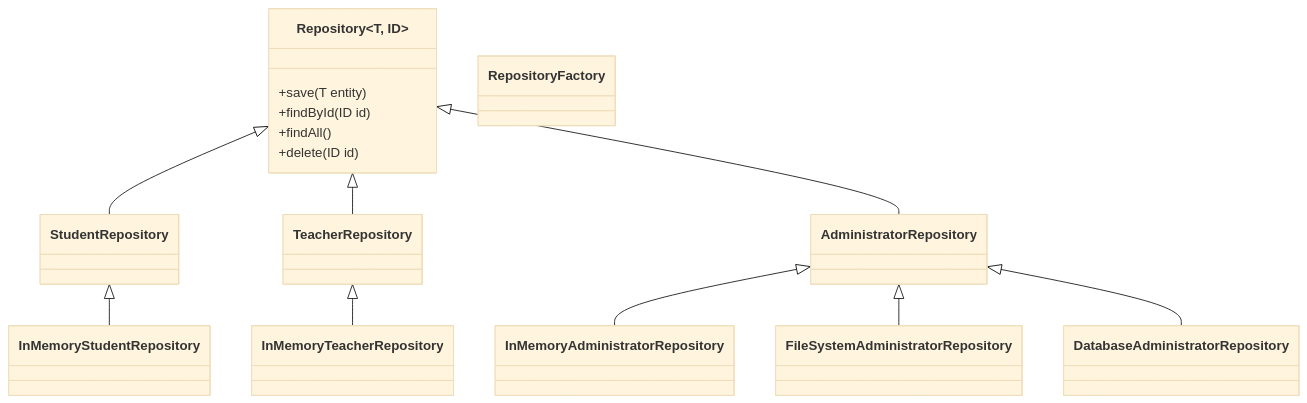
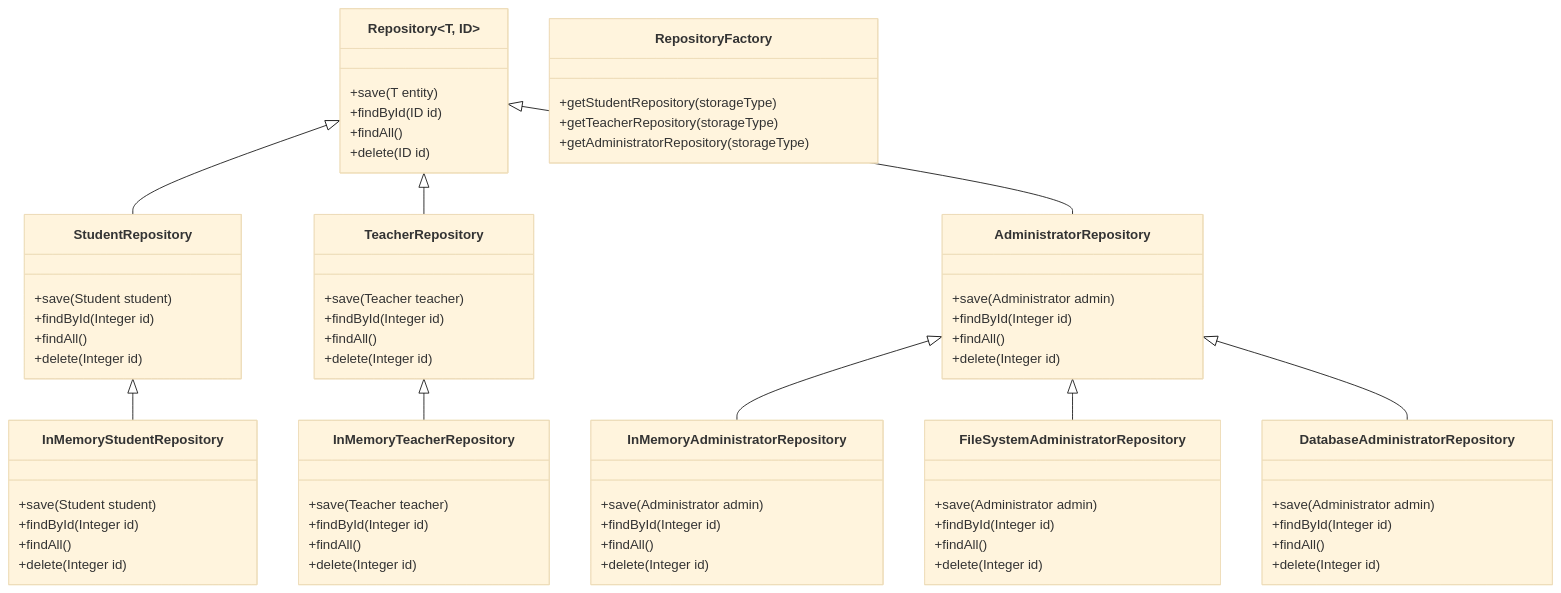
Before and after one commit to Dimitri-Ferus-216058570/ElectronicAttendanceSystem: the second of 2 diagrams in DOMAIN_MODEL_DOCS/DOMAIN_MODEL_DOCUMENTATION.MD, drawn with Mermaid (base theme).

````diff
--- a/DOMAIN_MODEL_DOCS/DOMAIN_MODEL_DOCUMENTATION.MD
+++ b/DOMAIN_MODEL_DOCS/DOMAIN_MODEL_DOCUMENTATION.MD
@@ -116,29 +116,82 @@
 ```mermaid
 classDiagram
-    class Repository~T, ID~ {
-        +save(T entity)
-        +findById(ID id)
-        +findAll()
-        +delete(ID id)
-    }
 
-    class StudentRepository
-    class TeacherRepository
-    class AdministratorRepository
-    class InMemoryStudentRepository
-    class InMemoryTeacherRepository
-    class InMemoryAdministratorRepository
-    class FileSystemAdministratorRepository
-    class DatabaseAdministratorRepository
-    class RepositoryFactory
+class Repository~T, ID~ {
+    +save(T entity)
+    +findById(ID id)
+    +findAll()
+    +delete(ID id)
+}
 
-    Repository <|-- StudentRepository
-    Repository <|-- TeacherRepository
-    Repository <|-- AdministratorRepository
+class StudentRepository {
+    +save(Student student)
+    +findById(Integer id)
+    +findAll()
+    +delete(Integer id)
+}
 
-    StudentRepository <|-- InMemoryStudentRepository
-    TeacherRepository <|-- InMemoryTeacherRepository
-    AdministratorRepository <|-- InMemoryAdministratorRepository
-    AdministratorRepository <|-- FileSystemAdministratorRepository
-    AdministratorRepository <|-- DatabaseAdministratorRepository
+class TeacherRepository {
+    +save(Teacher teacher)
+    +findById(Integer id)
+    +findAll()
+    +delete(Integer id)
+}
+
+class AdministratorRepository {
+    +save(Administrator admin)
+    +findById(Integer id)
+    +findAll()
+    +delete(Integer id)
+}
+
+class InMemoryStudentRepository {
+    +save(Student student)
+    +findById(Integer id)
+    +findAll()
+    +delete(Integer id)
+}
+
+class InMemoryTeacherRepository {
+    +save(Teacher teacher)
+    +findById(Integer id)
+    +findAll()
+    +delete(Integer id)
+}
+
+class InMemoryAdministratorRepository {
+    +save(Administrator admin)
+    +findById(Integer id)
+    +findAll()
+    +delete(Integer id)
+}
+
+class FileSystemAdministratorRepository {
+    +save(Administrator admin)
+    +findById(Integer id)
+    +findAll()
+    +delete(Integer id)
+}
+
+class DatabaseAdministratorRepository {
+    +save(Administrator admin)
+    +findById(Integer id)
+    +findAll()
+    +delete(Integer id)
+}
+
+class RepositoryFactory {
+    +getStudentRepository(storageType)
+    +getTeacherRepository(storageType)
+    +getAdministratorRepository(storageType)
+}
+
+Repository~T, ID~ <|-- StudentRepository
+Repository~T, ID~ <|-- TeacherRepository
+Repository~T, ID~ <|-- AdministratorRepository
+
+StudentRepository <|-- InMemoryStudentRepository
+TeacherRepository <|-- InMemoryTeacherRepository
+AdministratorRepository <|-- InMemoryAdministratorRepository
+AdministratorRepository <|-- FileSystemAdministratorRepository
+AdministratorRepository <|-- DatabaseAdministratorRepository
 ```
````
